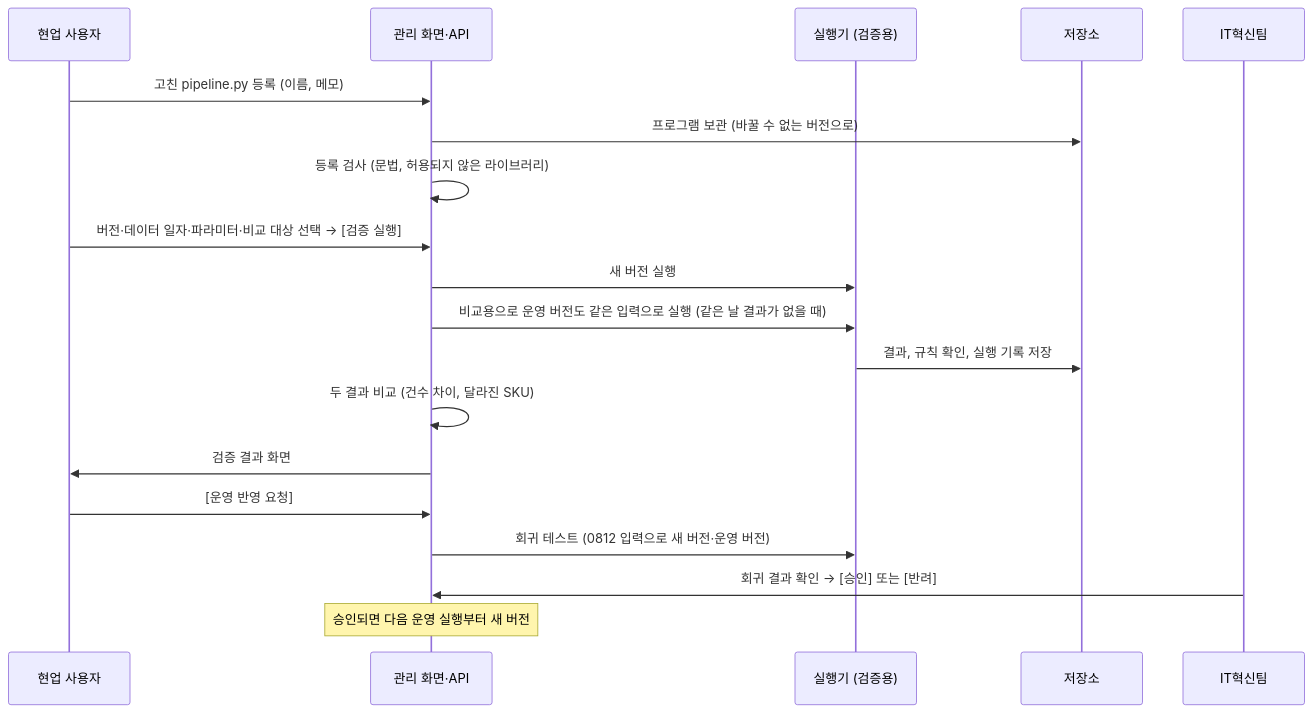
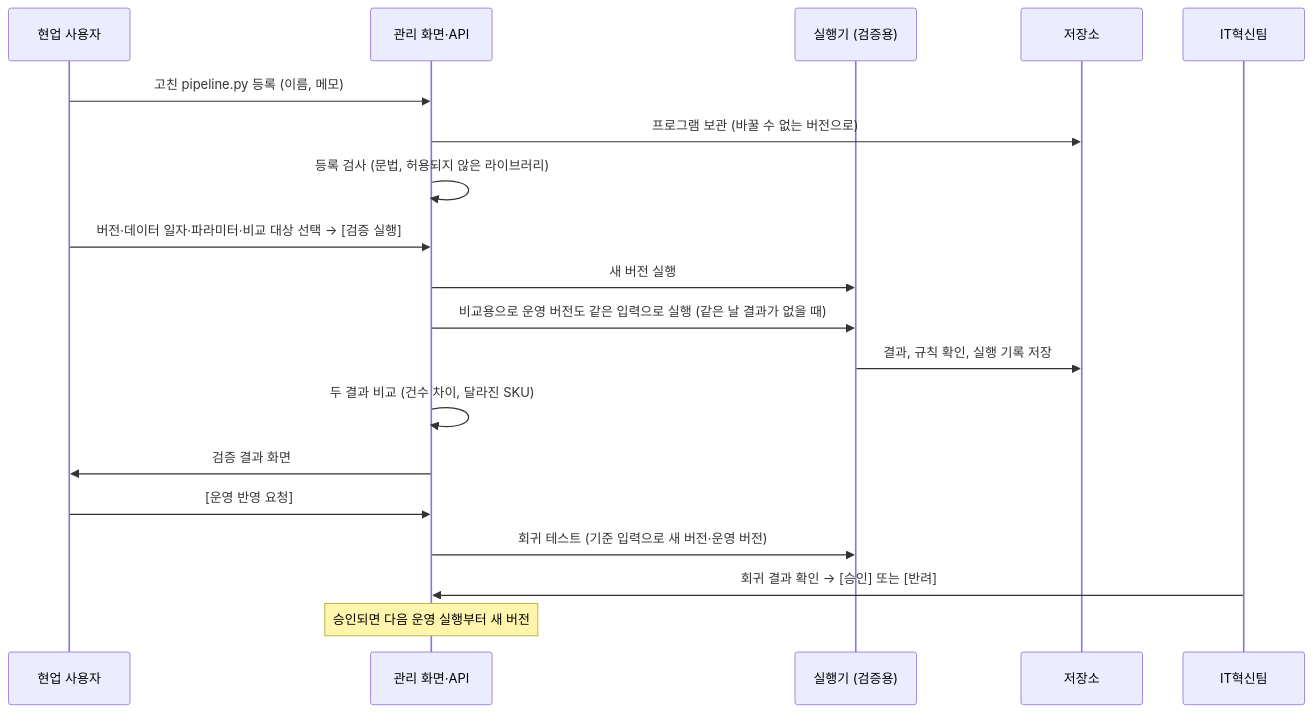
The third of 4 diagrams in artifacts/system_design_allocation-poc.md (jwryuin1u/public_city), drawn with Mermaid before and after one commit. The commit also changed other lines of this file and 11 other files, not shown here.

````diff
--- a/artifacts/system_design_allocation-poc.md
+++ b/artifacts/system_design_allocation-poc.md
@@ -112,22 +112,22 @@
 ```mermaid
 sequenceDiagram
     participant U as 현업 사용자
     participant API as 관리 화면·API
     participant RUN as 실행기 (검증용)
     participant ST as 저장소
     participant IT as IT혁신팀
 
     U->>API: 고친 pipeline.py 등록 (이름, 메모)
     API->>ST: 프로그램 보관 (바꿀 수 없는 버전으로)
     API->>API: 등록 검사 (문법, 허용되지 않은 라이브러리)
     U->>API: 버전·데이터 일자·파라미터·비교 대상 선택 → [검증 실행]
     API->>RUN: 새 버전 실행
     API->>RUN: 비교용으로 운영 버전도 같은 입력으로 실행 (같은 날 결과가 없을 때)
     RUN->>ST: 결과, 규칙 확인, 실행 기록 저장
     API->>API: 두 결과 비교 (건수 차이, 달라진 SKU)
     API->>U: 검증 결과 화면
     U->>API: [운영 반영 요청]
-    API->>RUN: 회귀 테스트 (0812 입력으로 새 버전·운영 버전)
+    API->>RUN: 회귀 테스트 (기준 입력으로 새 버전·운영 버전)
     IT->>API: 회귀 결과 확인 → [승인] 또는 [반려]
     Note over API: 승인되면 다음 운영 실행부터 새 버전
 ```
````
